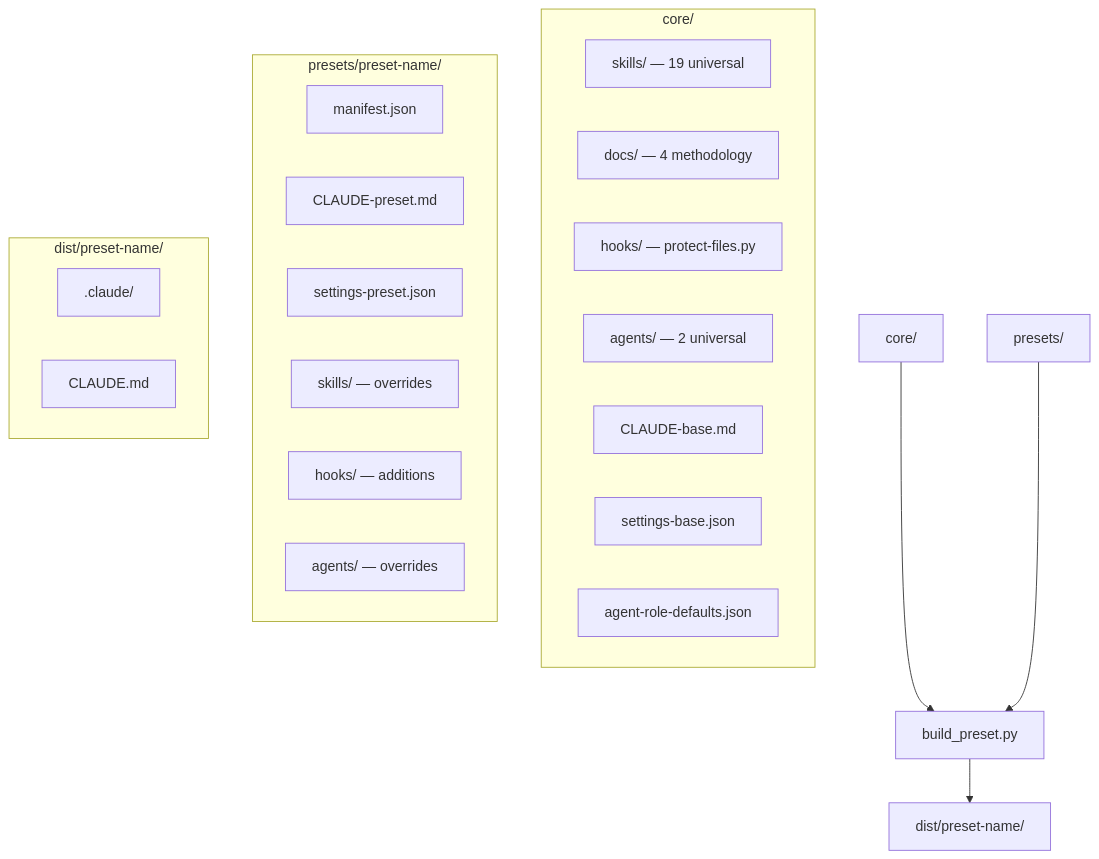
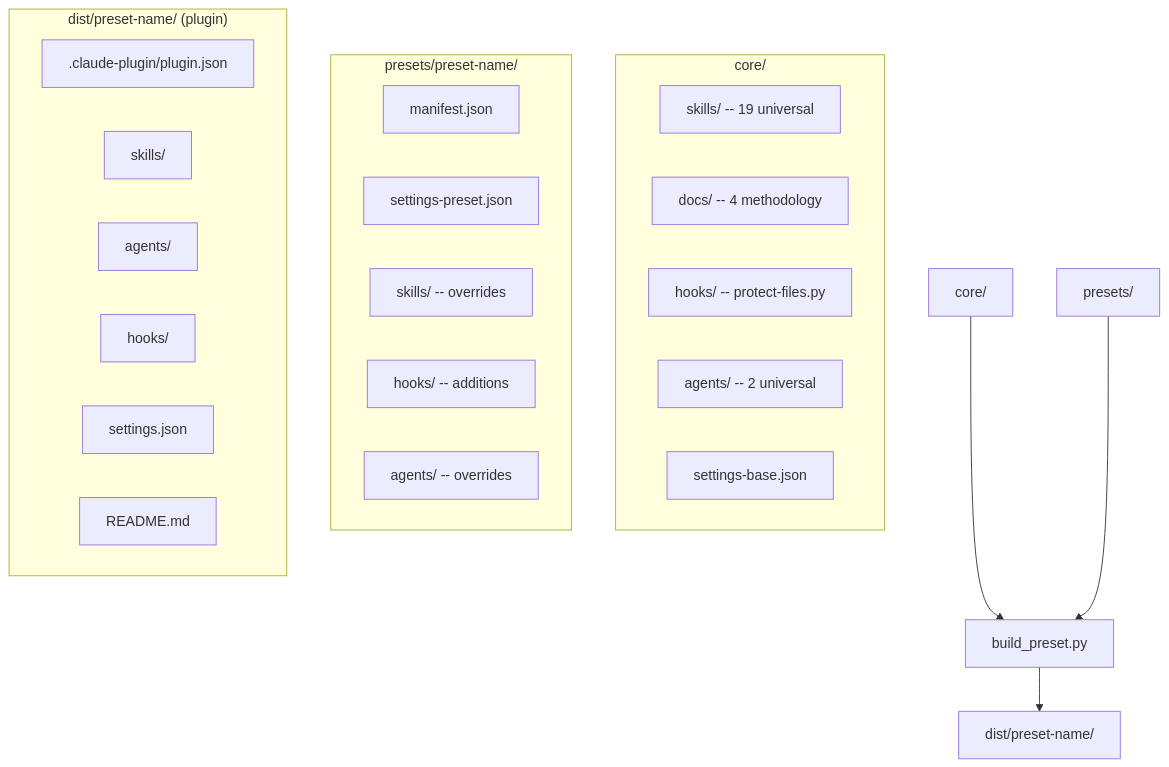
One commit to cdcoonce/claude-workflow changed the second of 4 diagrams in README.md. Above: the diagram before and after it, drawn with Mermaid. The commit also changed other lines of this file and 34 other files, not shown here.

First line of the commit message:
feat(build): convert preset output from .claude/ directories to plugin format

````diff
--- a/README.md
+++ b/README.md
@@ -93,30 +92,31 @@
 ```mermaid
 graph TD
     CORE[core/] --> BUILD[build_preset.py]
     PRESETS[presets/] --> BUILD
     BUILD --> DIST[dist/preset-name/]
 
     subgraph "core/"
-        SKILLS_CORE[skills/ — 19 universal]
-        DOCS[docs/ — 4 methodology]
-        HOOKS_CORE[hooks/ — protect-files.py]
-        AGENTS_CORE[agents/ — 2 universal]
-        BASE_MD[CLAUDE-base.md]
+        SKILLS_CORE[skills/ -- 19 universal]
+        DOCS[docs/ -- 4 methodology]
+        HOOKS_CORE[hooks/ -- protect-files.py]
+        AGENTS_CORE[agents/ -- 2 universal]
         BASE_JSON[settings-base.json]
-        ROLE_DEFAULTS[agent-role-defaults.json]
     end
 
     subgraph "presets/preset-name/"
         MANIFEST[manifest.json]
-        PRESET_MD[CLAUDE-preset.md]
         PRESET_JSON[settings-preset.json]
-        SKILLS_PRESET[skills/ — overrides]
-        HOOKS_PRESET[hooks/ — additions]
-        AGENTS_PRESET[agents/ — overrides]
+        SKILLS_PRESET[skills/ -- overrides]
+        HOOKS_PRESET[hooks/ -- additions]
+        AGENTS_PRESET[agents/ -- overrides]
     end
 
-    subgraph "dist/preset-name/"
-        OUT_CLAUDE[.claude/]
-        OUT_MD[CLAUDE.md]
+    subgraph "dist/preset-name/ (plugin)"
+        OUT_PLUGIN[.claude-plugin/plugin.json]
+        OUT_SKILLS[skills/]
+        OUT_AGENTS[agents/]
+        OUT_HOOKS[hooks/]
+        OUT_SETTINGS[settings.json]
+        OUT_README[README.md]
     end
 ```
````
